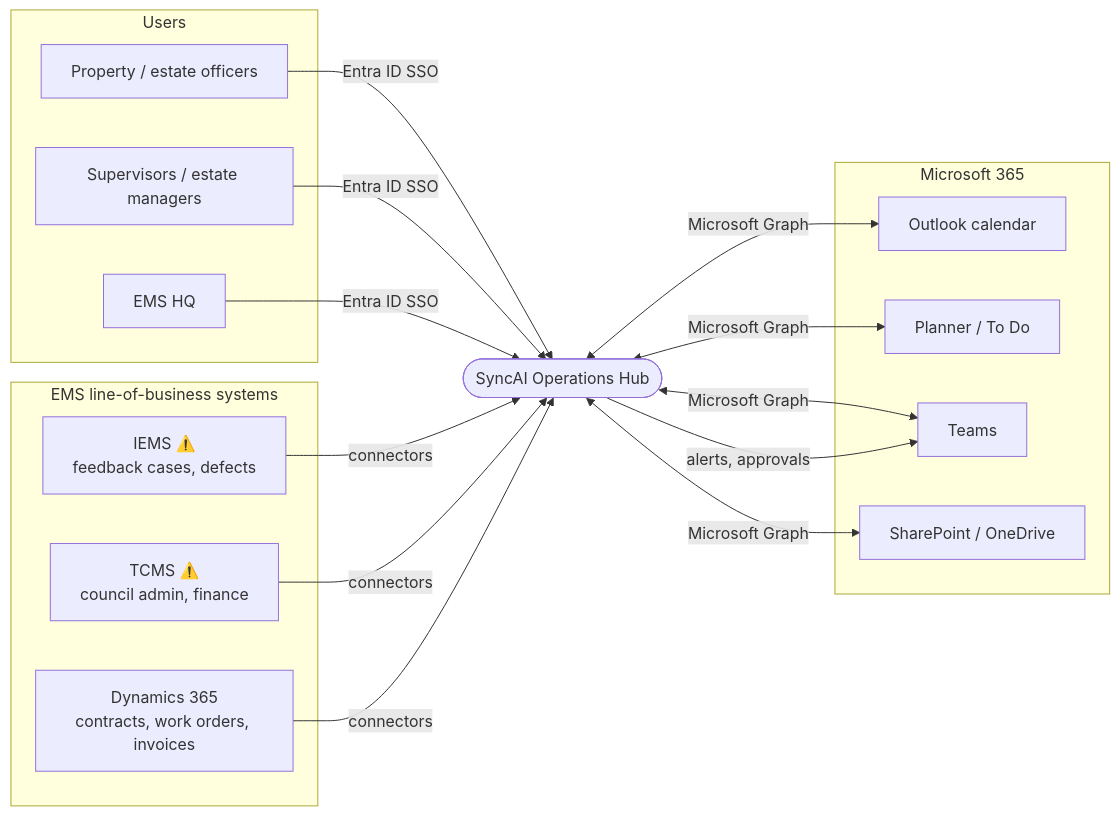
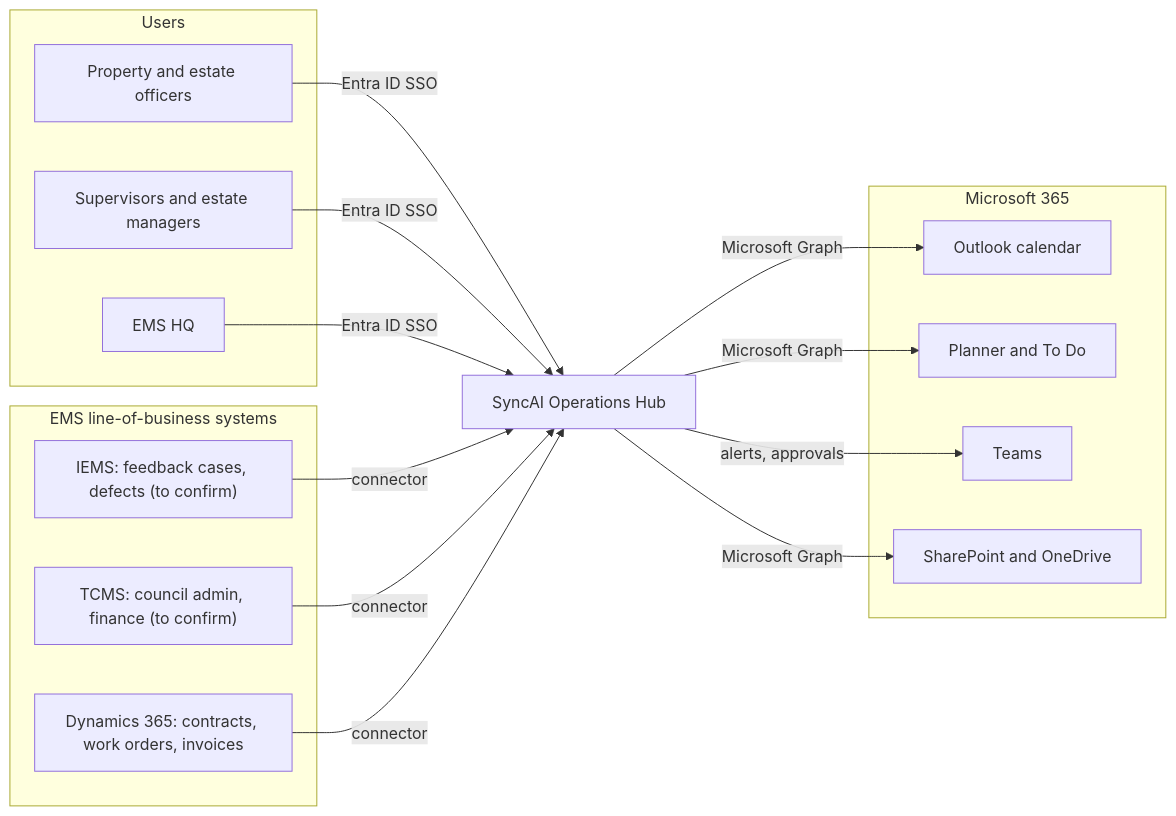
Before and after one commit to feliciatanxl/SyncAI: the first of 5 diagrams in docs/architecture.md, drawn with Mermaid. The commit also changed other lines of this file, not shown here.

First line of the commit message:
docs: simplify architecture diagrams so GitHub renders them

````diff
--- a/docs/architecture.md
+++ b/docs/architecture.md
@@ -20,24 +20,30 @@
 ```mermaid
 flowchart LR
-  subgraph Users
-    O[Property / estate officers]
-    S[Supervisors / estate managers]
-    H[EMS HQ]
+  subgraph Users["Users"]
+    O["Property and estate officers"]
+    S["Supervisors and estate managers"]
+    H["EMS HQ"]
   end
-  subgraph M365[Microsoft 365]
-    OL[Outlook calendar]
-    PL[Planner / To Do]
-    TM[Teams]
-    SP[SharePoint / OneDrive]
+  subgraph M365["Microsoft 365"]
+    OL["Outlook calendar"]
+    PL["Planner and To Do"]
+    TM["Teams"]
+    SP["SharePoint and OneDrive"]
   end
-  subgraph LOB[EMS line-of-business systems]
-    IEMS["IEMS ⚠️<br/>feedback cases, defects"]
-    TCMS["TCMS ⚠️<br/>council admin, finance"]
-    D365["Dynamics 365<br/>contracts, work orders, invoices"]
+  subgraph LOB["EMS line-of-business systems"]
+    IEMS["IEMS: feedback cases, defects (to confirm)"]
+    TCMS["TCMS: council admin, finance (to confirm)"]
+    D365["Dynamics 365: contracts, work orders, invoices"]
   end
-  HUB(["SyncAI Operations Hub"])
-  O & S & H -->|Entra ID SSO| HUB
-  HUB <-->|Microsoft Graph| OL & PL & TM & SP
-  IEMS & TCMS & D365 -->|connectors| HUB
-  HUB -->|alerts, approvals| TM
+  HUB["SyncAI Operations Hub"]
+  O -->|"Entra ID SSO"| HUB
+  S -->|"Entra ID SSO"| HUB
+  H -->|"Entra ID SSO"| HUB
+  HUB -->|"Microsoft Graph"| OL
+  HUB -->|"Microsoft Graph"| PL
+  HUB -->|"Microsoft Graph"| SP
+  IEMS -->|"connector"| HUB
+  TCMS -->|"connector"| HUB
+  D365 -->|"connector"| HUB
+  HUB -->|"alerts, approvals"| TM
 ```
````
